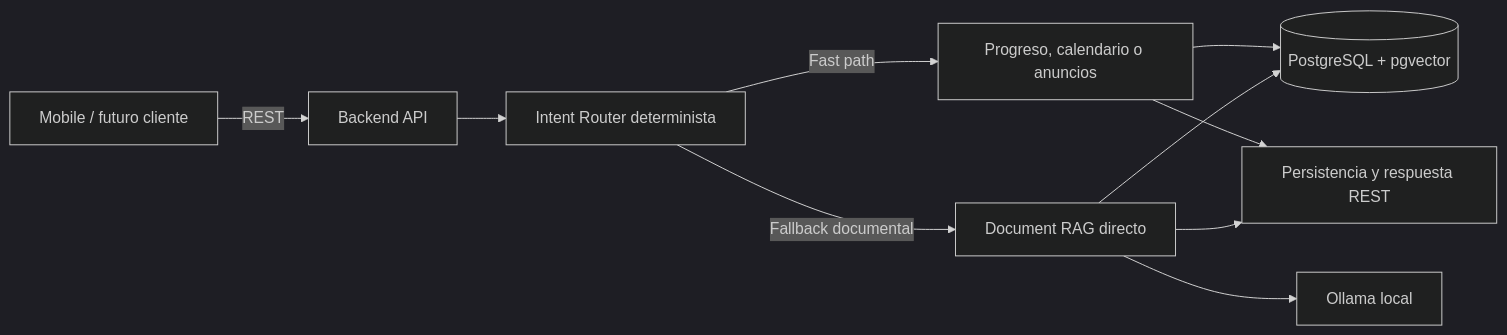
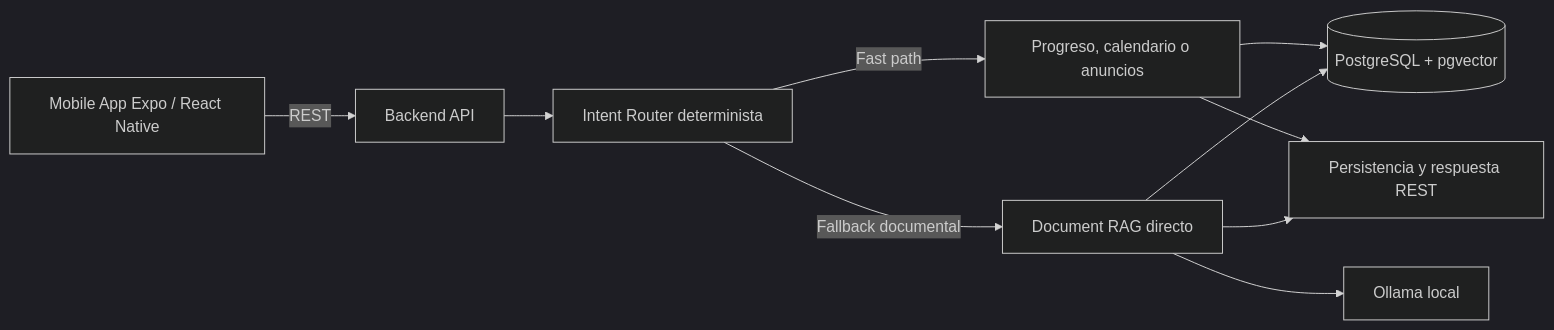
One commit to XeyKG/BanuChat_ changed the second of 4 diagrams in docs/arquitectura.md. Above: the diagram before and after it, drawn with Mermaid (dark theme). The commit also changed other lines of this file and 6 other files, not shown here.

````diff
--- a/docs/arquitectura.md
+++ b/docs/arquitectura.md
@@ -77,12 +78,12 @@
 ```mermaid
 flowchart LR
-    client["Mobile / futuro cliente"] -->|"REST"| api["Backend API"]
+    mobile["Mobile App Expo / React Native"] -->|"REST"| api["Backend API"]
     api --> router["Intent Router determinista"]
     router -->|"Fast path"| fast["Progreso, calendario o anuncios"]
     router -->|"Fallback documental"| rag["Document RAG directo"]
     fast --> db[("PostgreSQL + pgvector")]
     rag --> db
     rag --> ollama["Ollama local"]
     fast --> reply["Persistencia y respuesta REST"]
     rag --> reply
 ```
````
